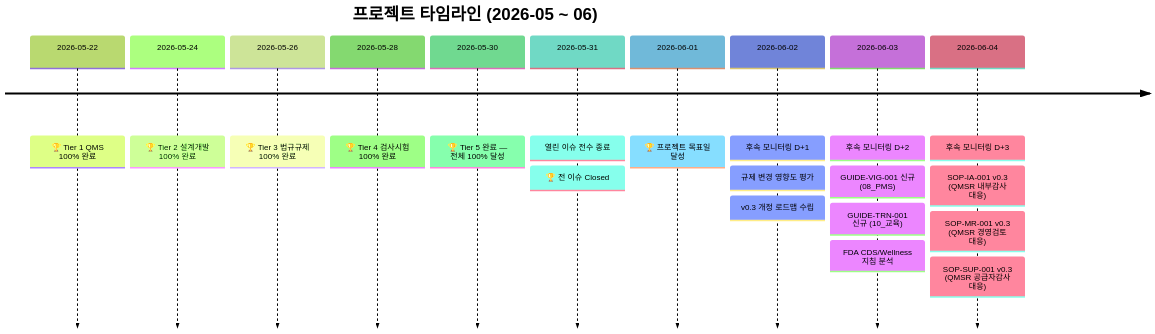
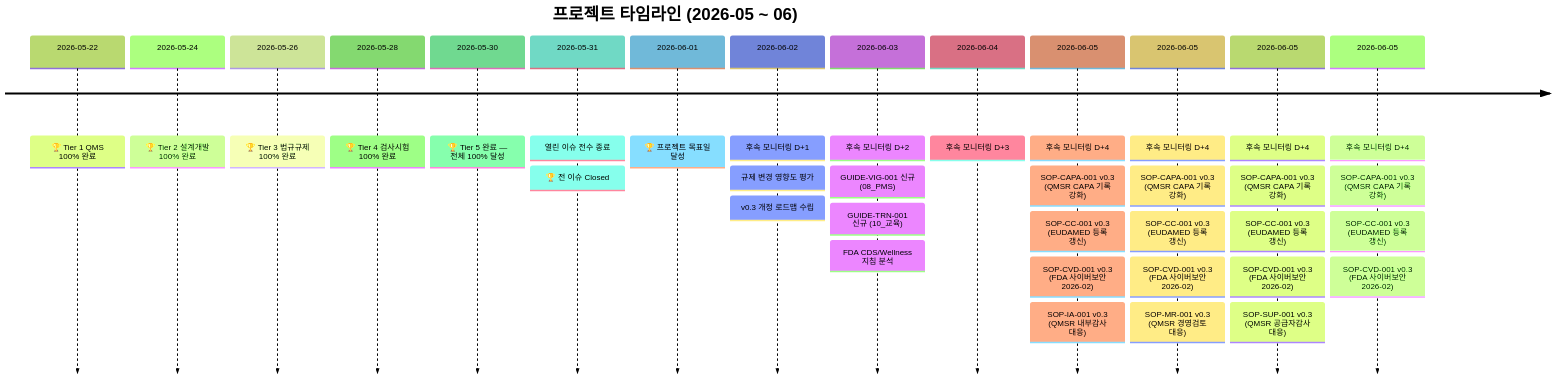
Before and after one commit to holee9/MD-process: the third of 3 diagrams in README.md, drawn with Mermaid (forest theme). The commit also changed other lines of this file and 1 other file, not shown here.

````diff
--- a/README.md
+++ b/README.md
@@ -189,23 +189,39 @@
 ```mermaid
 timeline
     title 프로젝트 타임라인 (2026-05 ~ 06)
     2026-05-22 : 🏆 Tier 1 QMS 100% 완료
     2026-05-24 : 🏆 Tier 2 설계개발 100% 완료
     2026-05-26 : 🏆 Tier 3 법규규제 100% 완료
     2026-05-28 : 🏆 Tier 4 검사시험 100% 완료
     2026-05-30 : 🏆 Tier 5 완료 — 전체 100% 달성
     2026-05-31 : 열린 이슈 전수 종료
                : 🏆 전 이슈 Closed
     2026-06-01 : 🏆 프로젝트 목표일 달성
     2026-06-02 : 후속 모니터링 D+1
                : 규제 변경 영향도 평가
                : v0.3 개정 로드맵 수립
     2026-06-03 : 후속 모니터링 D+2
                : GUIDE-VIG-001 신규 (08_PMS)
                : GUIDE-TRN-001 신규 (10_교육)
                : FDA CDS/Wellness 지침 분석
     2026-06-04 : 후속 모니터링 D+3
+    2026-06-05 : 후속 모니터링 D+4
+               : SOP-CAPA-001 v0.3 (QMSR CAPA 기록 강화)
+               : SOP-CC-001 v0.3 (EUDAMED 등록 갱신)
+               : SOP-CVD-001 v0.3 (FDA 사이버보안 2026-02)
                : SOP-IA-001 v0.3 (QMSR 내부감사 대응)
+    2026-06-05 : 후속 모니터링 D+4
+               : SOP-CAPA-001 v0.3 (QMSR CAPA 기록 강화)
+               : SOP-CC-001 v0.3 (EUDAMED 등록 갱신)
+               : SOP-CVD-001 v0.3 (FDA 사이버보안 2026-02)
                : SOP-MR-001 v0.3 (QMSR 경영검토 대응)
+    2026-06-05 : 후속 모니터링 D+4
+               : SOP-CAPA-001 v0.3 (QMSR CAPA 기록 강화)
+               : SOP-CC-001 v0.3 (EUDAMED 등록 갱신)
+               : SOP-CVD-001 v0.3 (FDA 사이버보안 2026-02)
                : SOP-SUP-001 v0.3 (QMSR 공급자감사 대응)
+    2026-06-05 : 후속 모니터링 D+4
+               : SOP-CAPA-001 v0.3 (QMSR CAPA 기록 강화)
+               : SOP-CC-001 v0.3 (EUDAMED 등록 갱신)
+               : SOP-CVD-001 v0.3 (FDA 사이버보안 2026-02)
 ```
````
